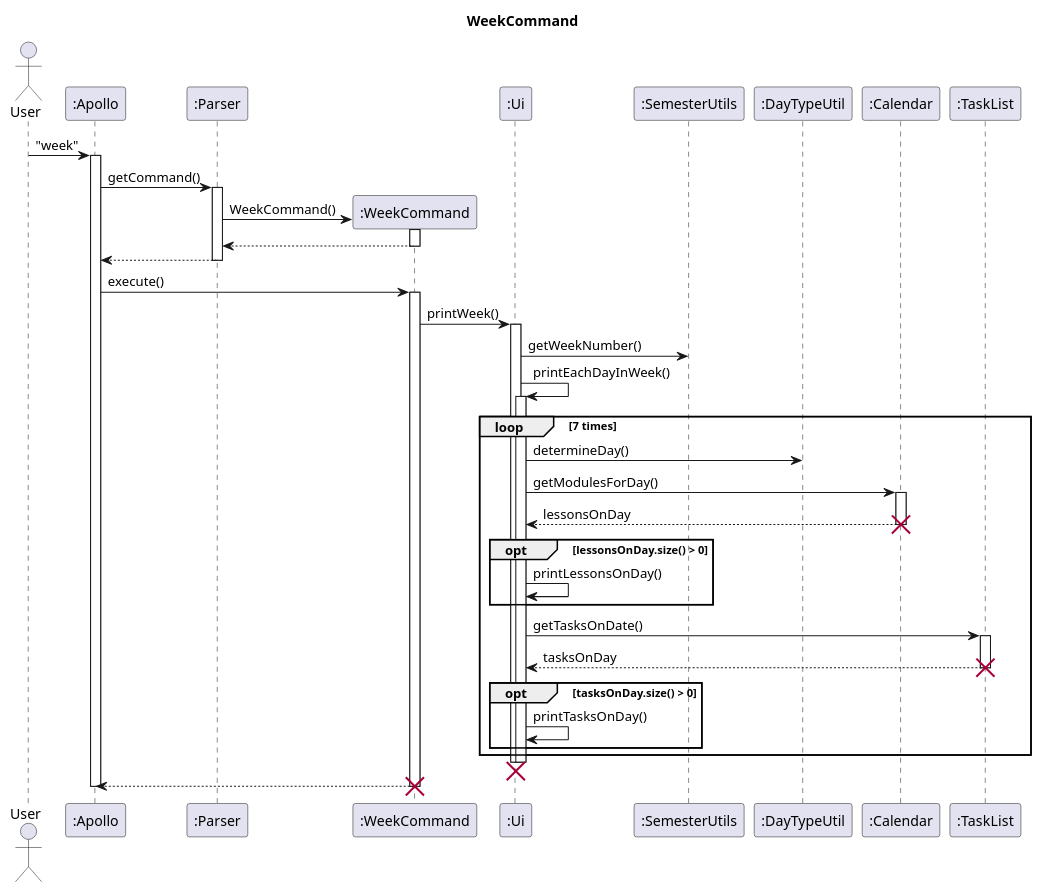
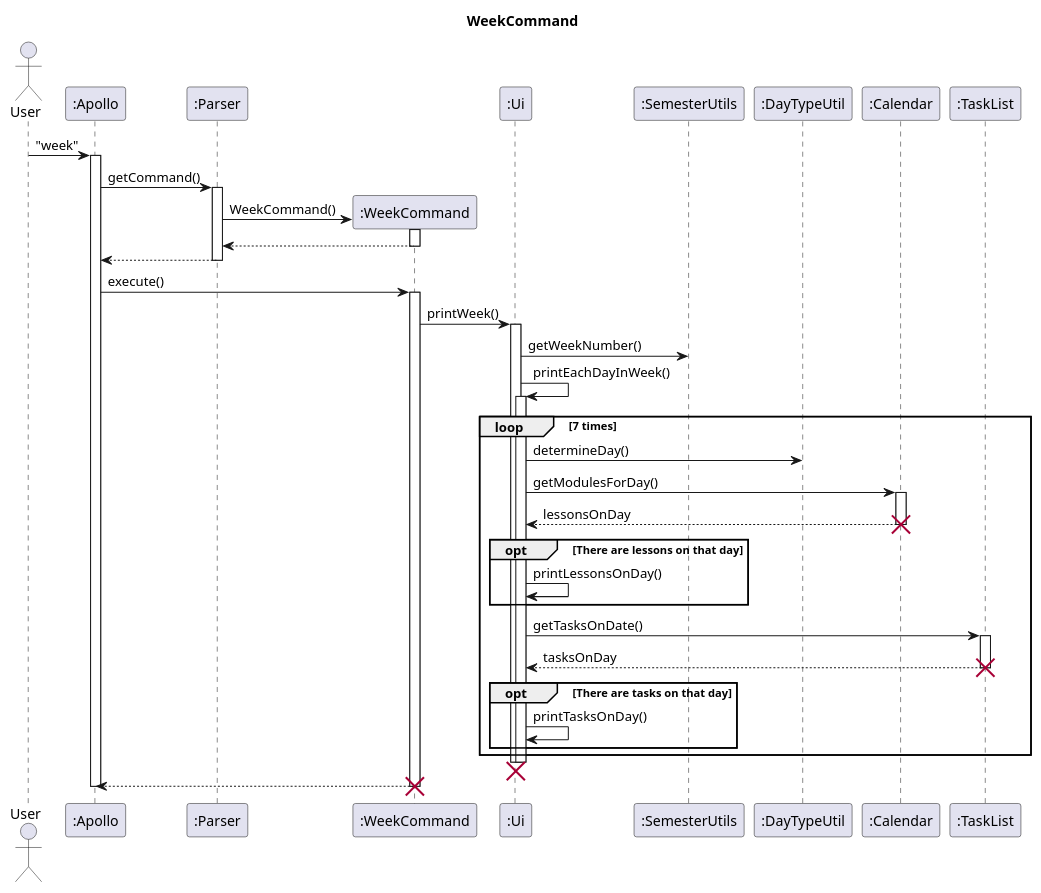
One commit to nus-cs2113-AY2223S2/tp changed the diagram in docs/uml-source/sequence/Week.puml. Above: the diagram before and after it, drawn with PlantUML. The commit also changed 6 other files, not shown here.

```diff
--- a/docs/uml-source/sequence/Week.puml
+++ b/docs/uml-source/sequence/Week.puml
@@ -1,62 +1,62 @@
 @startuml
 'https://plantuml.com/sequence-diagram
 
 skinparam maxMessageSize 100
 
 title WeekCommand
 
 actor User
 participant ":Apollo" as Apollo
 participant ":Parser" as Parser
 participant ":WeekCommand" as week
 participant ":Ui" as Ui
 participant ":SemesterUtils" as SemUtils
 participant ":DayTypeUtil" as DayTypeUtil
 participant ":Calendar" as Calendar
 participant ":TaskList" as TaskList
 
 User -> Apollo : "week"
 activate Apollo
 Apollo -> Parser : getCommand()
 activate Parser
 Parser -> week** : WeekCommand()
 week++
 return
 return
 
 Apollo -> week : execute()
 activate week
 
 
 week -> Ui : printWeek()
 activate Ui
 Ui -> SemUtils : getWeekNumber()
 
 Ui -> Ui++ : printEachDayInWeek()
 
 loop 7 times
     Ui -> DayTypeUtil : determineDay()
 
     Ui -> Calendar : getModulesForDay()
     activate Calendar
     Calendar --> Ui : lessonsOnDay
     destroy Calendar
-    opt lessonsOnDay.size() > 0
+    opt There are lessons on that day
     Ui -> Ui : printLessonsOnDay()
     end
 
     Ui -> TaskList : getTasksOnDate()
     activate TaskList
     TaskList --> Ui : tasksOnDay
     destroy TaskList
-    opt tasksOnDay.size() > 0
+    opt There are tasks on that day
     Ui -> Ui : printTasksOnDay()
     end
 end
 Ui--
 destroy Ui
 week --> Apollo
 destroy week
 Apollo--
 
 @enduml
```
